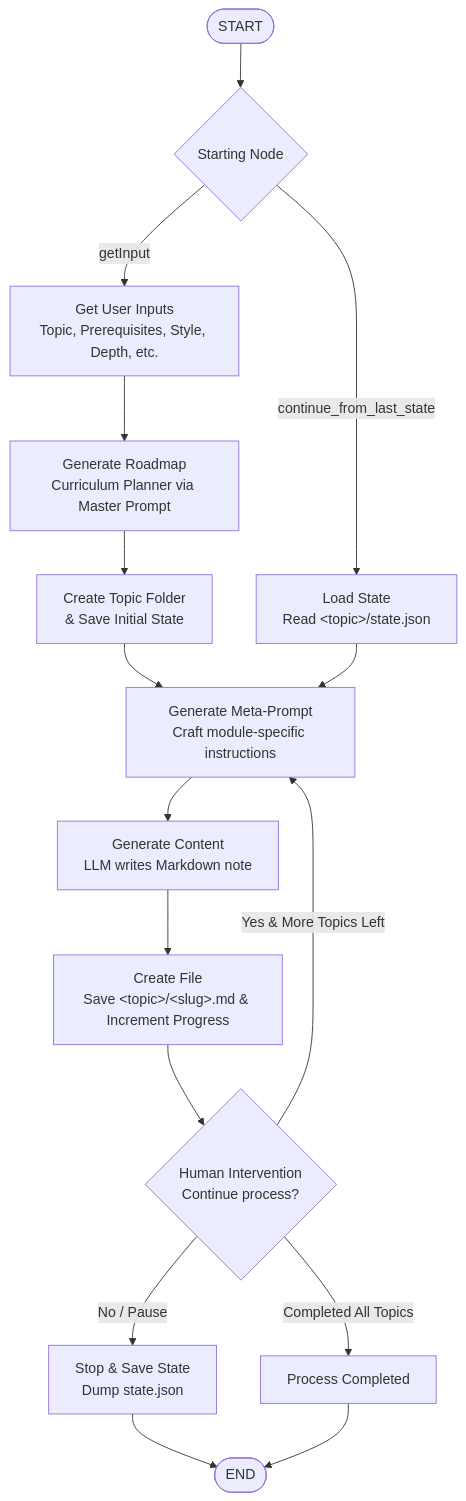
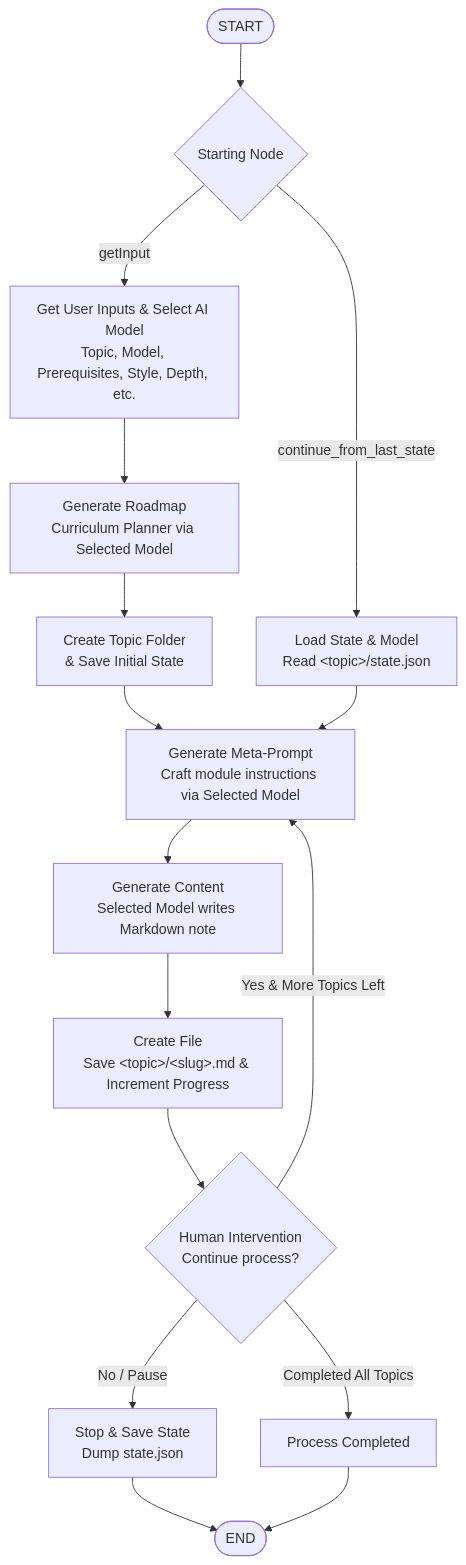
The diagram in readme.md (Vishwa00-7/Notes_Maker), drawn with Mermaid before and after one commit. The commit also changed other lines of this file and 6 other files, not shown here.

````diff
--- a/readme.md
+++ b/readme.md
@@ -32,27 +38,27 @@
 ```mermaid
 flowchart TD
     Start([START]) --> StartingNode{Starting Node}
 
     %% Branch 1: New Project
-    StartingNode -->|getInput| GetInput[Get User Inputs<br/>Topic, Prerequisites, Style, Depth, etc.]
-    GetInput --> GenRoadmap[Generate Roadmap<br/>Curriculum Planner via Master Prompt]
+    StartingNode -->|getInput| GetInput[Get User Inputs &amp; Select AI Model<br/>Topic, Model, Prerequisites, Style, Depth, etc.]
+    GetInput --> GenRoadmap[Generate Roadmap<br/>Curriculum Planner via Selected Model]
     GenRoadmap --> CreateFolder[Create Topic Folder<br/>& Save Initial State]
     CreateFolder --> GenMetaPrompt
 
     %% Branch 2: Continue Project
-    StartingNode -->|continue_from_last_state| LoadState[Load State<br/>Read &lt;topic&gt;/state.json]
-    LoadState --> GenMetaPrompt[Generate Meta-Prompt<br/>Craft module-specific instructions]
+    StartingNode -->|continue_from_last_state| LoadState[Load State &amp; Model<br/>Read &lt;topic&gt;/state.json]
+    LoadState --> GenMetaPrompt[Generate Meta-Prompt<br/>Craft module instructions via Selected Model]
 
     %% Generation Cycle
-    GenMetaPrompt --> GenContent[Generate Content<br/>LLM writes Markdown note]
+    GenMetaPrompt --> GenContent[Generate Content<br/>Selected Model writes Markdown note]
     GenContent --> CreateFile[Create File<br/>Save &lt;topic&gt;/&lt;slug&gt;.md &amp; Increment Progress]
     CreateFile --> HumanCheck{Human Intervention<br/>Continue process?}
 
     %% Human loop decisions
     HumanCheck -->|Yes &amp; More Topics Left| GenMetaPrompt
     HumanCheck -->|No / Pause| StopProcess[Stop &amp; Save State<br/>Dump state.json]
     HumanCheck -->|Completed All Topics| Done[Process Completed]
 
     StopProcess --> End([END])
     Done --> End([END])
 ```
````
